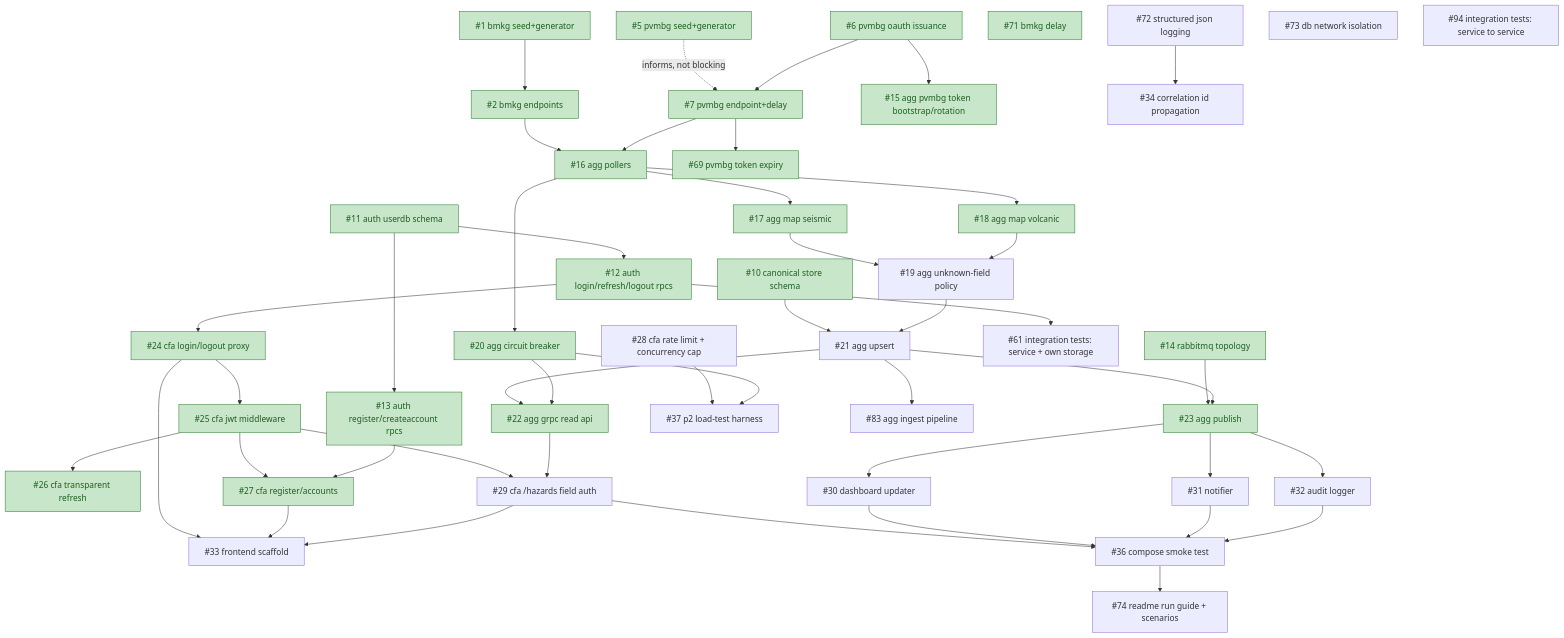
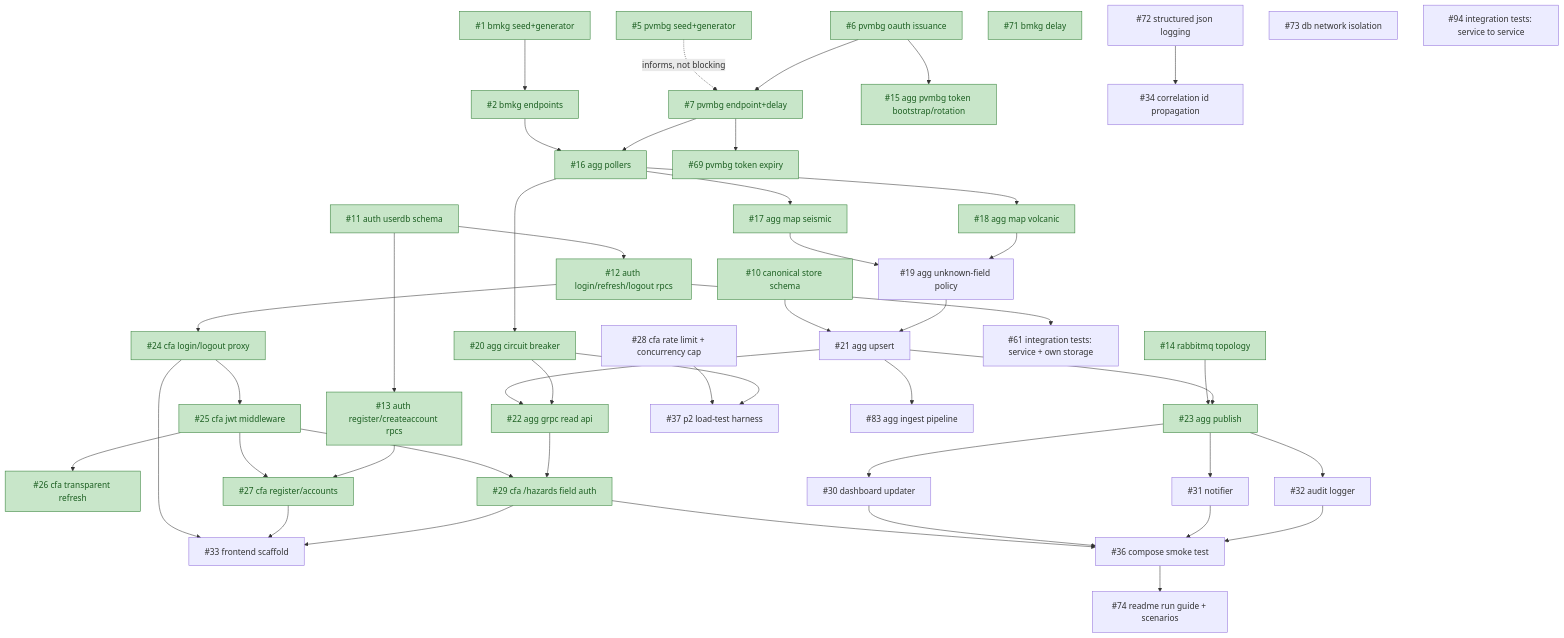
One commit to brii26/distributed-hazard-coordination changed the diagram in doc/BACKLOG_DEPENDENCIES.md. Above: the diagram before and after it, drawn with Mermaid. The commit also changed other lines of this file and 3 other files, not shown here.

````diff
--- a/doc/BACKLOG_DEPENDENCIES.md
+++ b/doc/BACKLOG_DEPENDENCIES.md
@@ -27,63 +27,63 @@
 ```mermaid
 graph TD
   1["#1 bmkg seed+generator"] --> 2["#2 bmkg endpoints"]
   5["#5 pvmbg seed+generator"] -.->|informs, not blocking| 7
 
   6["#6 pvmbg oauth issuance"] --> 15["#15 agg pvmbg token bootstrap/rotation"]
   6 --> 7["#7 pvmbg endpoint+delay"]
   7 --> 69["#69 pvmbg token expiry"]
 
   2 --> 16["#16 agg pollers"]
   7 --> 16
   16 --> 17["#17 agg map seismic"]
   16 --> 18["#18 agg map volcanic"]
   16 --> 20["#20 agg circuit breaker"]
   17 --> 19["#19 agg unknown-field policy"]
   18 --> 19
 
   10["#10 canonical store schema"] --> 21["#21 agg upsert"]
   19 --> 21
   21 --> 22["#22 agg grpc read api"]
   20 --> 22
 
   14["#14 rabbitmq topology"] --> 23["#23 agg publish"]
   21 --> 23
   21 --> 83["#83 agg ingest pipeline"]
 
   11["#11 auth userdb schema"] --> 12["#12 auth login/refresh/logout rpcs"]
   11 --> 13["#13 auth register/createaccount rpcs"]
 
   12 --> 24["#24 cfa login/logout proxy"]
   12 --> 61["#61 integration tests: service + own storage"]
   24 --> 25["#25 cfa jwt middleware"]
   25 --> 26["#26 cfa transparent refresh"]
   25 --> 27["#27 cfa register/accounts"]
   13 --> 27
   25 --> 29["#29 cfa /hazards field auth"]
   22 --> 29
 
   23 --> 30["#30 dashboard updater"]
   23 --> 31["#31 notifier"]
   23 --> 32["#32 audit logger"]
 
   24 --> 33["#33 frontend scaffold"]
   27 --> 33
   29 --> 33
 
   29 --> 36["#36 compose smoke test"]
   30 --> 36
   31 --> 36
   32 --> 36
 
   28["#28 cfa rate limit + concurrency cap"] --> 37["#37 p2 load-test harness"]
   20 --> 37
 
   72["#72 structured json logging"] --> 34["#34 correlation id propagation"]
   36 --> 74["#74 readme run guide + scenarios"]
   71["#71 bmkg delay"]
   73["#73 db network isolation"]
   94["#94 integration tests: service to service"]
 
   classDef done fill:#c8e6c9,stroke:#2e7d32,color:#1b5e20
-  class 1,2,5,6,7,10,11,12,13,14,15,16,17,18,20,22,23,24,25,26,27,69,71 done
+  class 1,2,5,6,7,10,11,12,13,14,15,16,17,18,20,22,23,24,25,26,27,29,69,71 done
 ```
````
